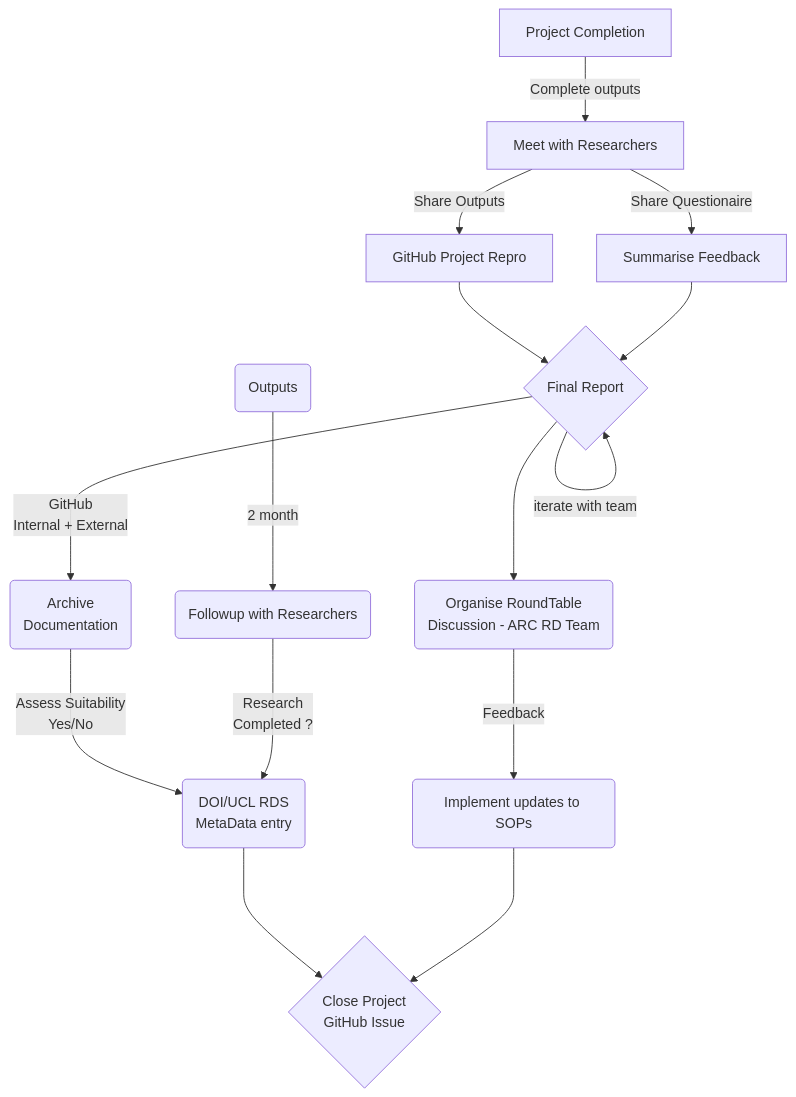
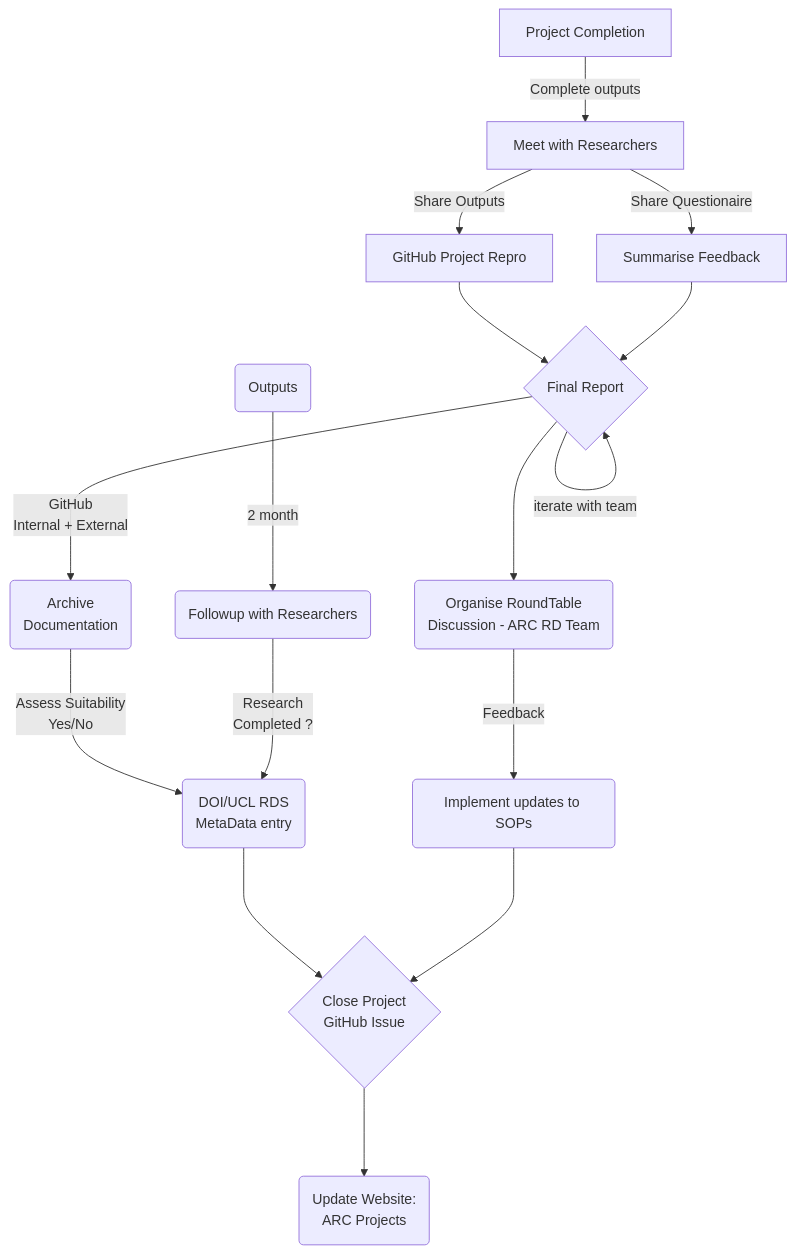
The diagram in SOP001.md (nicholas-owen/sandbox), drawn with Mermaid before and after one commit. The commit also changed other lines of this file, not shown here.

````diff
--- a/SOP001.md
+++ b/SOP001.md
@@ -70,31 +70,33 @@
 ```mermaid
 flowchart TD
 
     A[Project Completion] -->|Complete outputs| C[Meet with Researchers]
 
     C -->|Share Outputs| D[GitHub Project Repro]
 
     C -->|Share Questionaire| E[Summarise Feedback]
 
     D --> F{Final Report}
 
     E --> F
 
     F ---> |iterate with team|F
 
     F ---> G(Organise RoundTable<br>Discussion - ARC RD Team)
 
     F ---> |GitHub<br>Internal + External| H(Archive<br> Documentation)
 
     H ---> |Assess Suitability<br>Yes/No| I(DOI/UCL RDS<br> MetaData entry)
 
     G ---> |Feedback| J(Implement updates to SOPs)
 
     I ---> K{Close Project<br>GitHub Issue}
 
     J ---> K
 
     L(Outputs) ---> |2 month| M(Followup with Researchers)
 
     M ---> |Research<br>Completed ?|I
+
+	K ---> N(Update Website:<br>ARC Projects)
 ```
````
